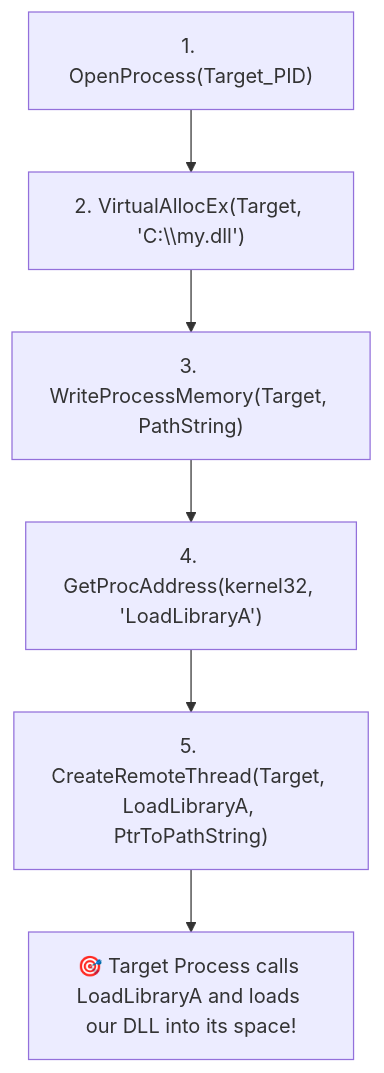
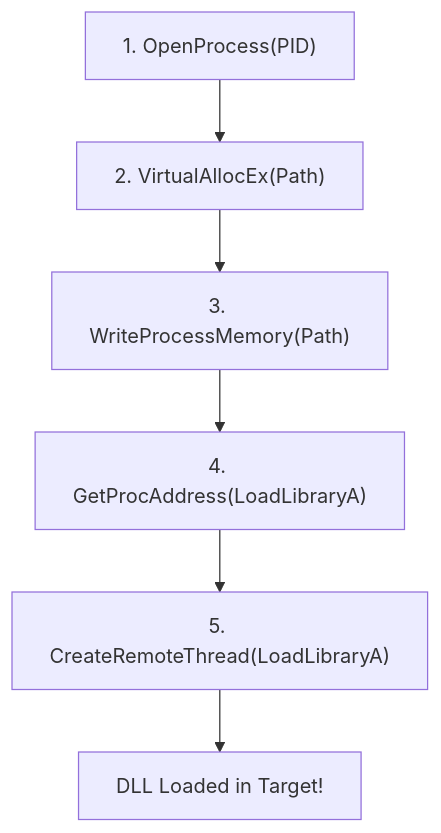
The second of 6 diagrams in topics/18-process-manipulation-and-hooking-mechanics/README.md (DaddyZyn/Cyber-security-notes), drawn with Mermaid before and after one commit. The commit also changed other lines of this file and 19 other files, not shown here.

Commit message:
fix: overhaul all Mermaid diagrams with clean vertical layouts and short line-wrapping to prevent GitHub clipping

````diff
--- a/topics/18-process-manipulation-and-hooking-mechanics/README.md
+++ b/topics/18-process-manipulation-and-hooking-mechanics/README.md
@@ -66,8 +66,8 @@
 ```mermaid
 flowchart TD
-    A["1. OpenProcess(Target_PID)"] --> B["2. VirtualAllocEx(Target, 'C:\\my.dll')"]
-    B --> C["3. WriteProcessMemory(Target, PathString)"]
-    C --> D["4. GetProcAddress(kernel32, 'LoadLibraryA')"]
-    D --> E["5. CreateRemoteThread(Target, LoadLibraryA, PtrToPathString)"]
-    E --> F["🎯 Target Process calls LoadLibraryA and loads our DLL into its space!"]
+    A["1. OpenProcess(PID)"] --> B["2. VirtualAllocEx(Path)"]
+    B --> C["3. WriteProcessMemory(Path)"]
+    C --> D["4. GetProcAddress(LoadLibraryA)"]
+    D --> E["5. CreateRemoteThread(LoadLibraryA)"]
+    E --> F["DLL Loaded in Target!"]
 ```
````
